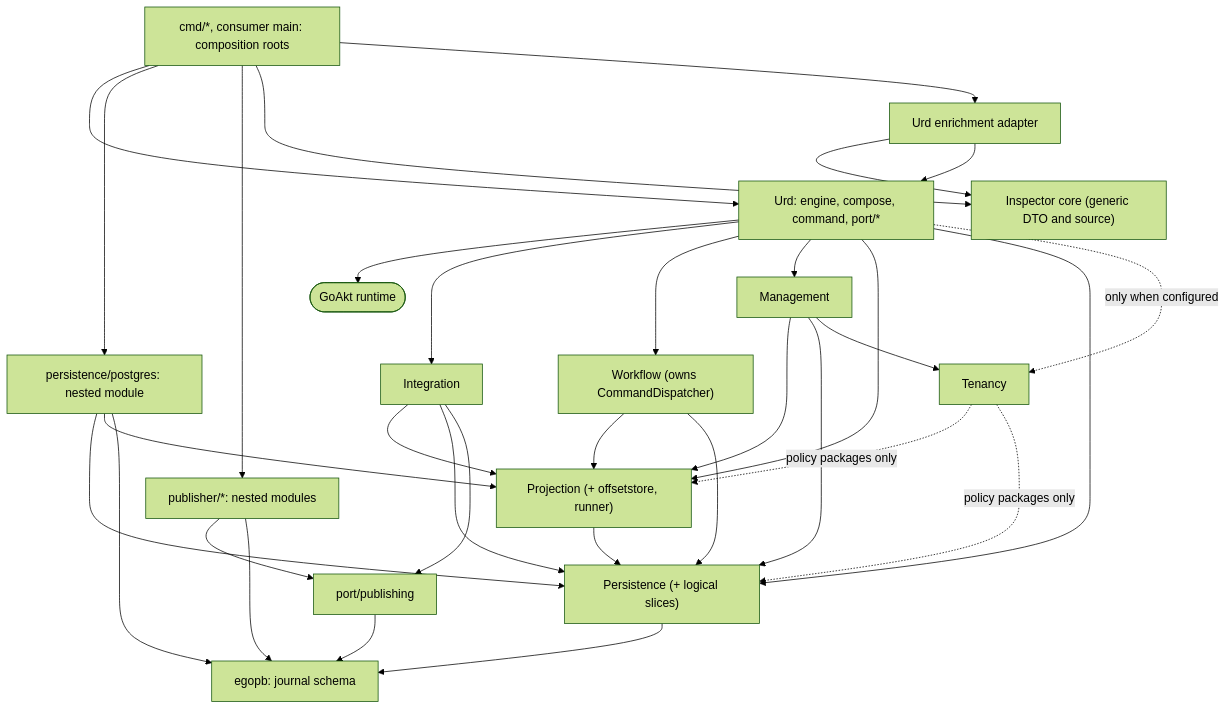
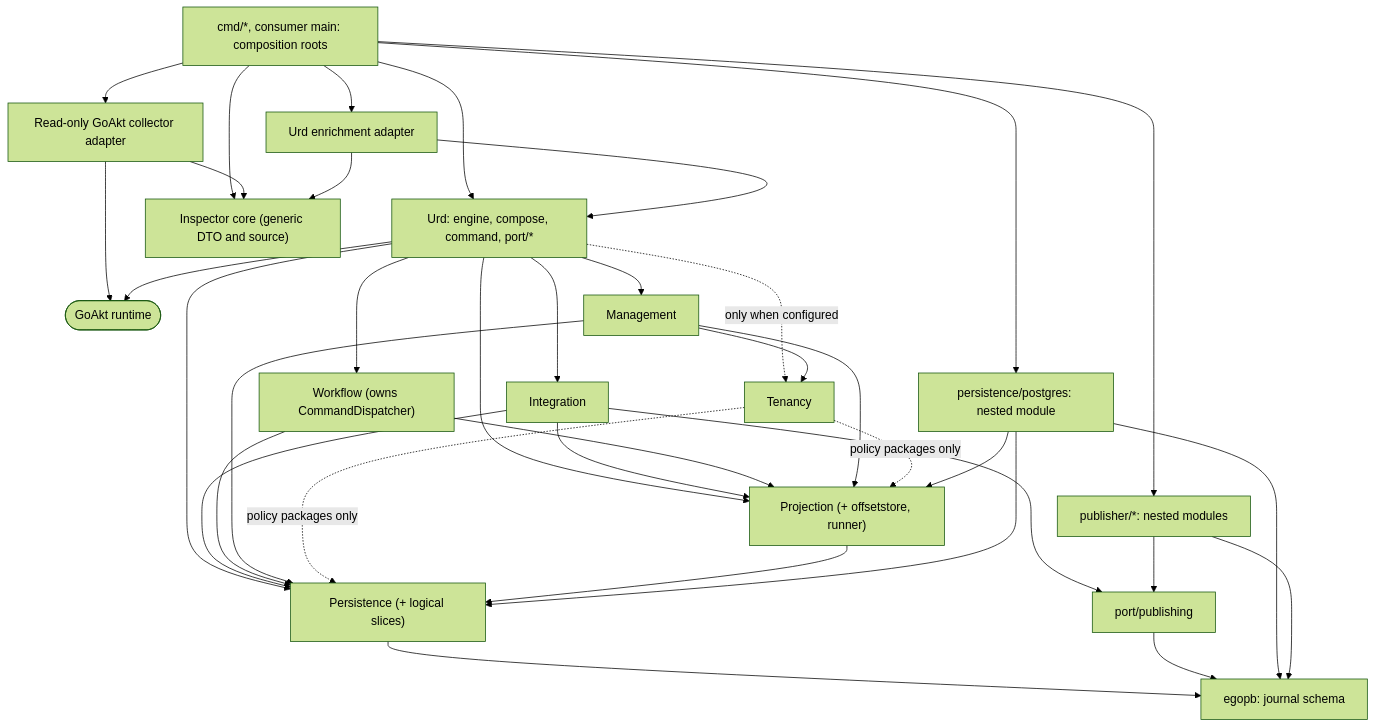
The diagram in docs/decisions/module-topology-347.md (getsyntegrity/urd), drawn with Mermaid (forest theme) before and after one commit. The commit also changed other lines of this file, not shown here.

````diff
--- a/docs/decisions/module-topology-347.md
+++ b/docs/decisions/module-topology-347.md
@@ -77,51 +79,55 @@
 ```mermaid
 flowchart TD
   CMD["cmd/*, consumer main: composition roots"]
   U["Urd: engine, compose, command, port/*"]
   GK(["GoAkt runtime"])
   INT["Integration"]
   WF["Workflow (owns CommandDispatcher)"]
   MG["Management"]
   TEN["Tenancy"]
   PRJ["Projection (+ offsetstore, runner)"]
   PER["Persistence (+ logical slices)"]
   PB["port/publishing"]
   EPB["egopb: journal schema"]
   PGA["persistence/postgres: nested module"]
   PUBS["publisher/*: nested modules"]
   INSC["Inspector core (generic DTO and source)"]
   INSU["Urd enrichment adapter"]
+  INSG["Read-only GoAkt collector adapter"]
 
   CMD --> U
   CMD --> PGA
   CMD --> PUBS
   CMD --> INSC
   CMD --> INSU
+  CMD --> INSG
+  INSG --> INSC
+  INSG --> GK
   U --> GK
   U --> INT
   U --> WF
   U --> MG
   U --> PRJ
   U --> PER
   U -.->|"only when configured"| TEN
   INT --> PRJ
   INT --> PER
   INT --> PB
   WF --> PRJ
   WF --> PER
   MG --> PRJ
   MG --> PER
   MG --> TEN
   TEN -.->|"policy packages only"| PRJ
   TEN -.->|"policy packages only"| PER
   PRJ --> PER
   PER --> EPB
   PB --> EPB
   PGA --> PER
   PGA --> PRJ
   PGA --> EPB
   PUBS --> PB
   PUBS --> EPB
   INSU --> INSC
   INSU --> U
 ```
````
